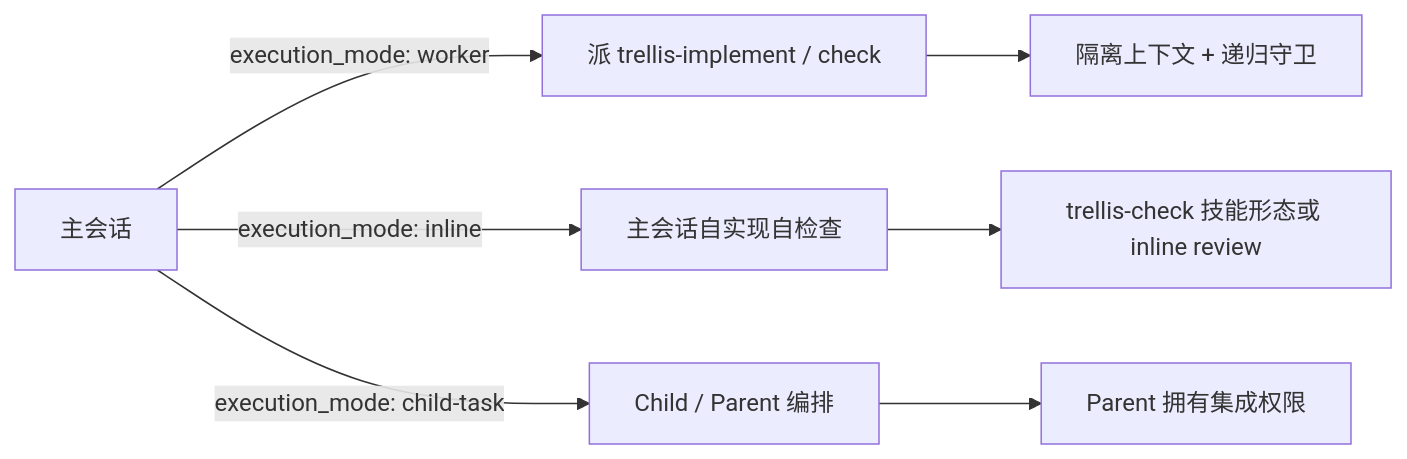
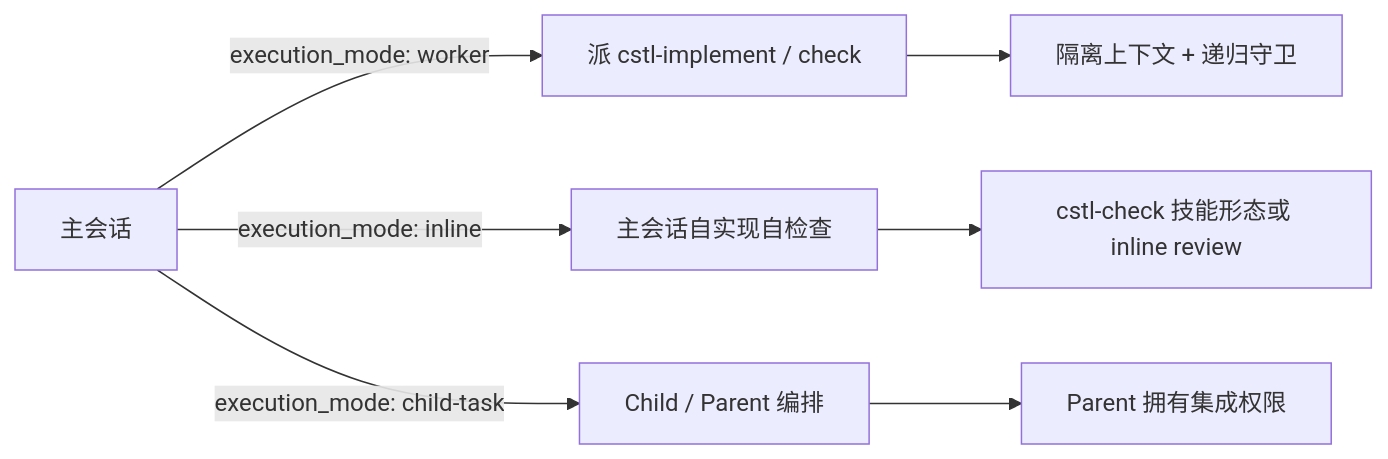
One commit to blxzer77/cursor-trellis changed the second of 5 diagrams in docs/community/linux-do-release.md. Above: the diagram before and after it, drawn with Mermaid. The commit also changed other lines of this file and 248 other files, not shown here.

````diff
--- a/docs/community/linux-do-release.md
+++ b/docs/community/linux-do-release.md
@@ -78,9 +78,9 @@
 ```mermaid
 flowchart LR
-  M[主会话] -->|"execution_mode: worker"| W[派 trellis-implement / check]
+  M[主会话] -->|"execution_mode: worker"| W[派 cstl-implement / check]
   M -->|"execution_mode: inline"| I[主会话自实现自检查]
   M -->|"execution_mode: child-task"| C[Child / Parent 编排]
   W --> R[隔离上下文 + 递归守卫]
-  I --> S[trellis-check 技能形态或 inline review]
+  I --> S[cstl-check 技能形态或 inline review]
   C --> P[Parent 拥有集成权限]
 ```
````
